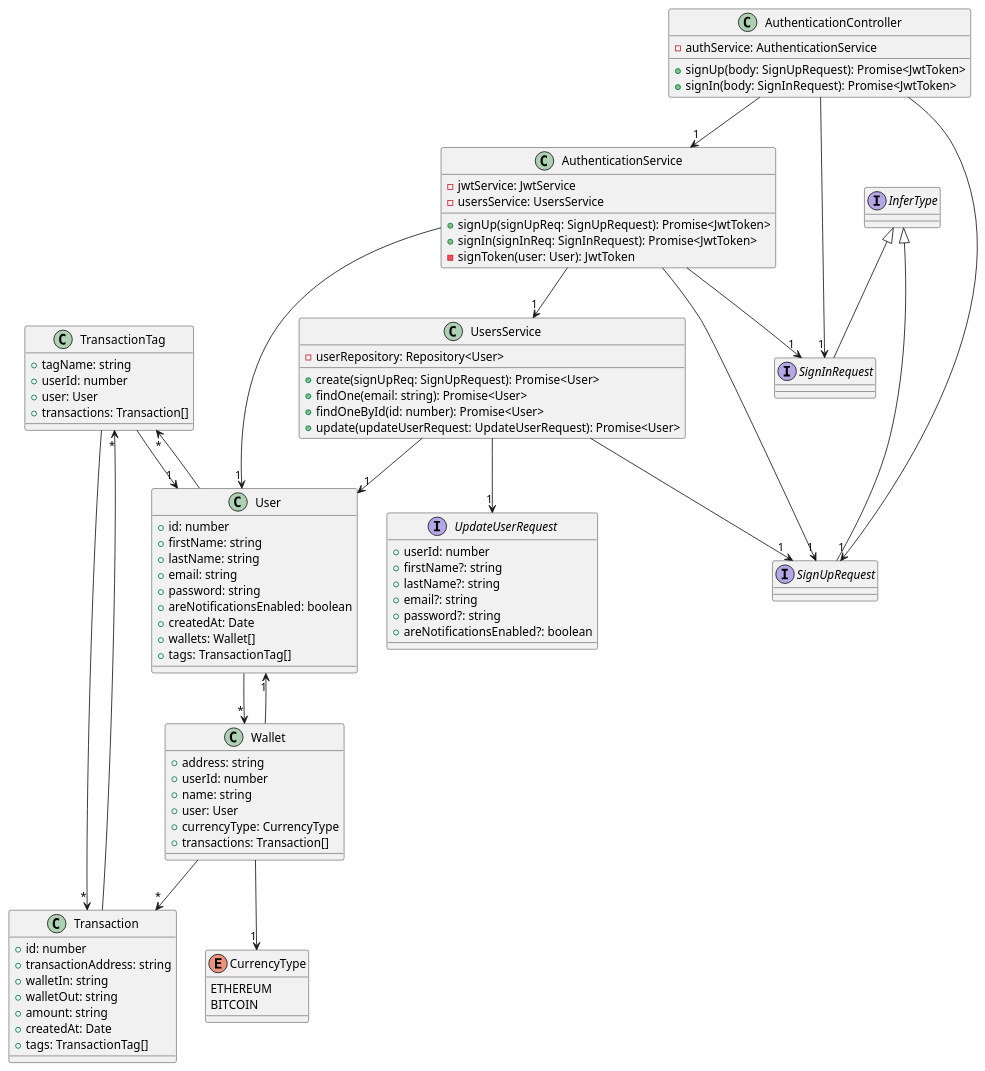
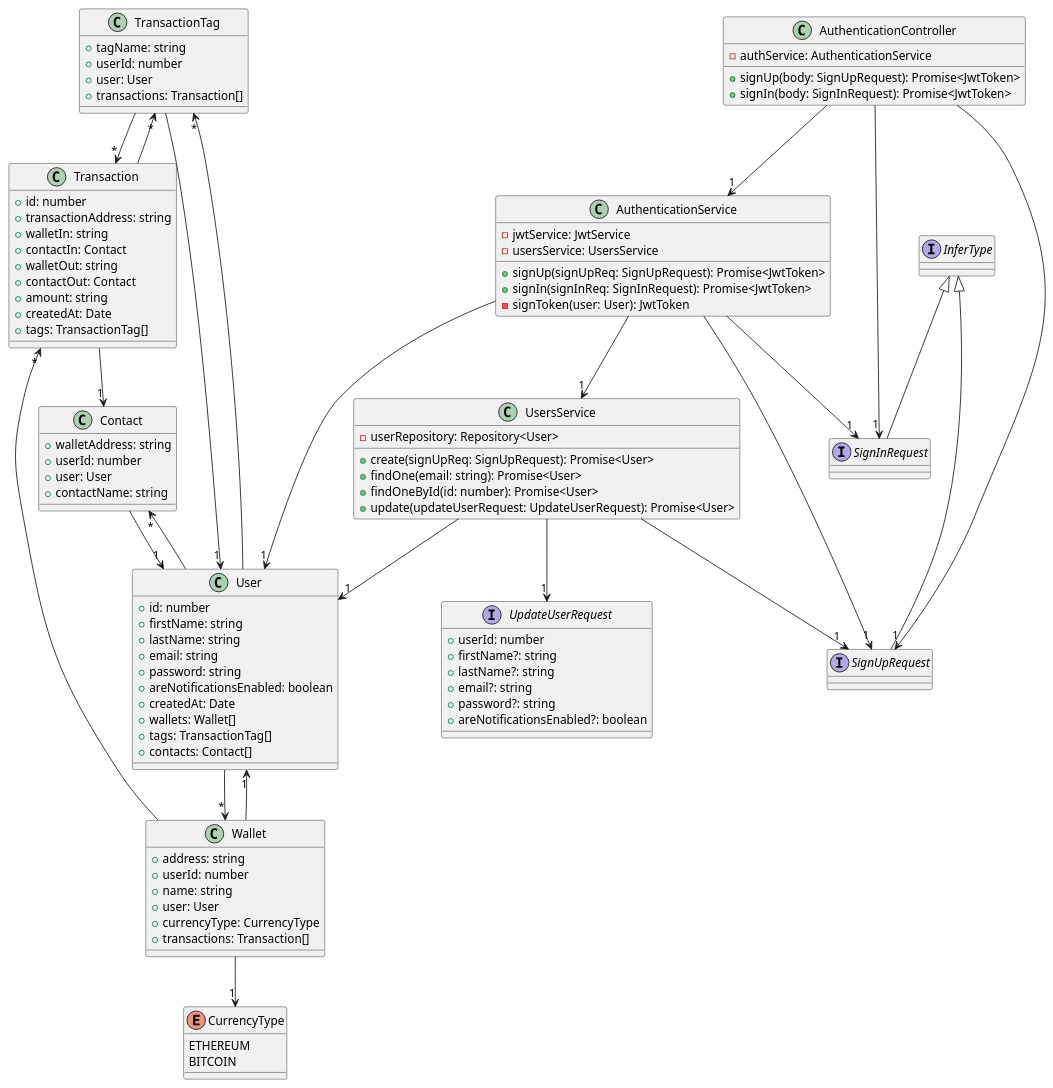
Before and after one commit to SOEN-490-Capstone/Cryptify: the diagram in packages/docs/diagrams/class_diagram_api_authentication.puml, drawn with PlantUML. The commit also changed 19 other files, not shown here.

Commit message:
Update class diagrams for release 2

```diff
--- a/packages/docs/diagrams/class_diagram_api_authentication.puml
+++ b/packages/docs/diagrams/class_diagram_api_authentication.puml
@@ -1,87 +1,99 @@
 @startuml
 class TransactionTag {
     +tagName: string
     +userId: number
     +user: User
     +transactions: Transaction[]
 }
+class Contact {
+    +walletAddress: string
+    +userId: number
+    +user: User
+    +contactName: string
+}
 class Transaction {
     +id: number
     +transactionAddress: string
     +walletIn: string
+    +contactIn: Contact
     +walletOut: string
+    +contactOut: Contact
     +amount: string
     +createdAt: Date
     +tags: TransactionTag[]
 }
 enum CurrencyType {
     ETHEREUM
     BITCOIN
 }
 class Wallet {
     +address: string
     +userId: number
     +name: string
     +user: User
     +currencyType: CurrencyType
     +transactions: Transaction[]
 }
 class User {
     +id: number
     +firstName: string
     +lastName: string
     +email: string
     +password: string
     +areNotificationsEnabled: boolean
     +createdAt: Date
     +wallets: Wallet[]
     +tags: TransactionTag[]
+    +contacts: Contact[]
 }
 interface SignUpRequest extends InferType
 interface UpdateUserRequest {
     +userId: number
     +firstName?: string
     +lastName?: string
     +email?: string
     +password?: string
     +areNotificationsEnabled?: boolean
 }
 class UsersService {
     -userRepository: Repository<User>
     +create(signUpReq: SignUpRequest): Promise<User>
     +findOne(email: string): Promise<User>
     +findOneById(id: number): Promise<User>
     +update(updateUserRequest: UpdateUserRequest): Promise<User>
 }
 interface SignInRequest extends InferType
 class AuthenticationService {
     -jwtService: JwtService
     -usersService: UsersService
     +signUp(signUpReq: SignUpRequest): Promise<JwtToken>
     +signIn(signInReq: SignInRequest): Promise<JwtToken>
     -signToken(user: User): JwtToken
 }
 class AuthenticationController {
     -authService: AuthenticationService
     +signUp(body: SignUpRequest): Promise<JwtToken>
     +signIn(body: SignInRequest): Promise<JwtToken>
 }
 TransactionTag --> "1" User
 TransactionTag --> "*" Transaction
+Contact --> "1" User
+Transaction --> "1" Contact
 Transaction --> "*" TransactionTag
 Wallet --> "1" User
 Wallet --> "1" CurrencyType
 Wallet --> "*" Transaction
 User --> "*" Wallet
 User --> "*" TransactionTag
+User --> "*" Contact
 UsersService --> "1" User
 UsersService --> "1" SignUpRequest
 UsersService --> "1" UpdateUserRequest
 AuthenticationService --> "1" UsersService
 AuthenticationService --> "1" SignUpRequest
 AuthenticationService --> "1" SignInRequest
 AuthenticationService --> "1" User
 AuthenticationController --> "1" AuthenticationService
 AuthenticationController --> "1" SignUpRequest
 AuthenticationController --> "1" SignInRequest
 @enduml
```
